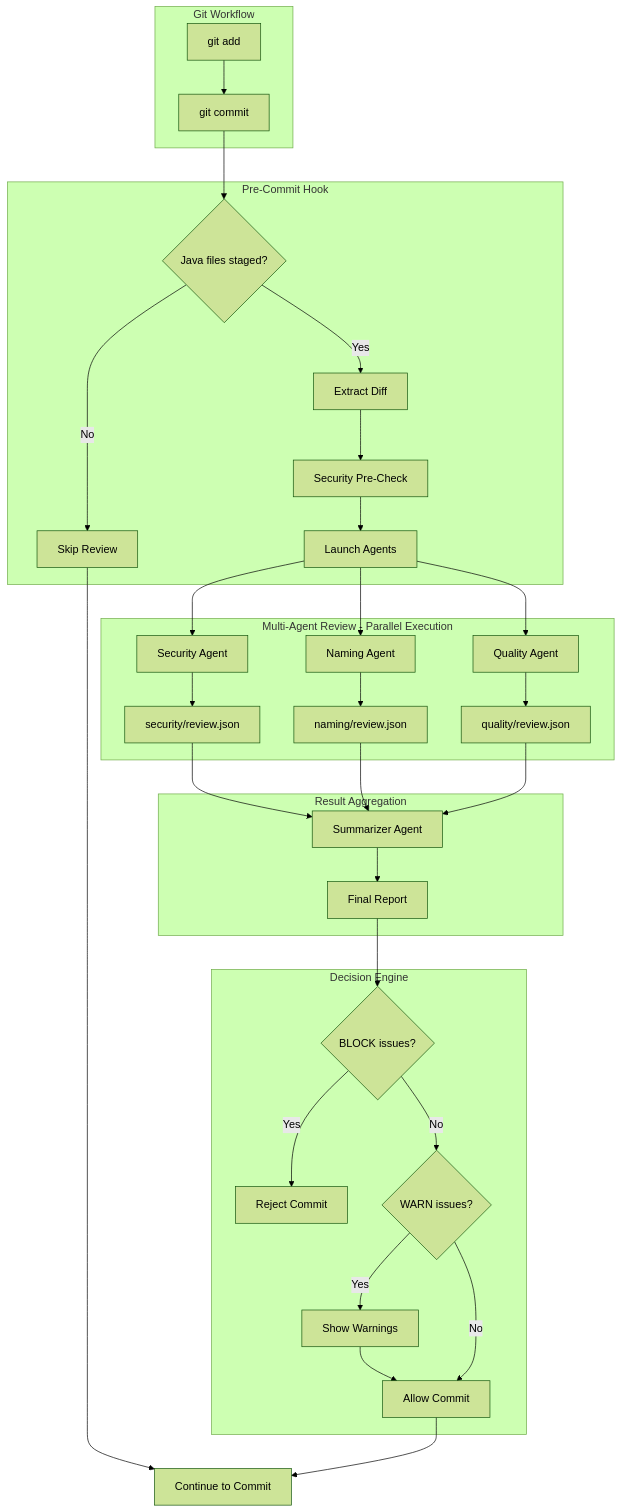
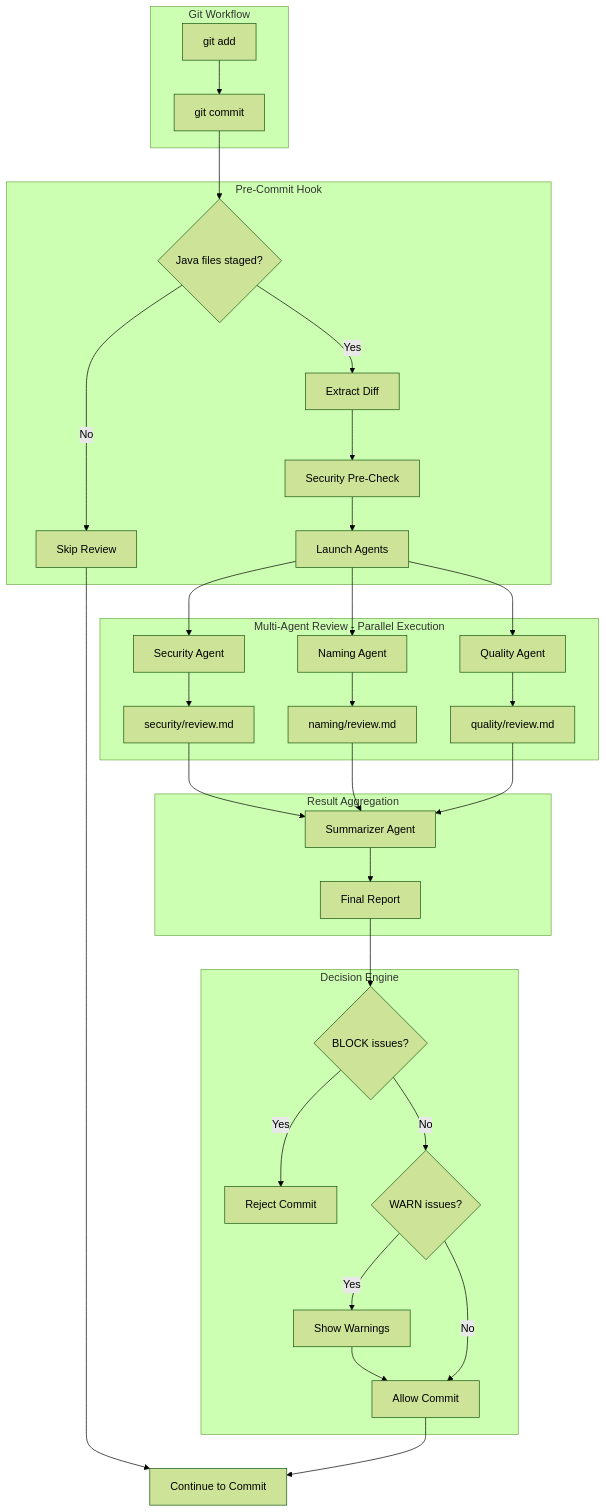
One commit to martinkl164/AI-Code-Review-CLI changed the first of 2 diagrams in docs/ARCHITECTURE.md. Above: the diagram before and after it, drawn with Mermaid (forest theme). The commit also changed other lines of this file and 9 other files, not shown here.

First line of the commit message:
Update review output format from JSON to Markdown

````diff
--- a/docs/ARCHITECTURE.md
+++ b/docs/ARCHITECTURE.md
@@ -7,42 +7,42 @@
 ```mermaid
 flowchart TB
     subgraph GitWorkflow[Git Workflow]
         A[git add] --> B[git commit]
     end
     
     subgraph PreCommitHook[Pre-Commit Hook]
         B --> C{Java files staged?}
         C -->|No| D[Skip Review]
         C -->|Yes| E[Extract Diff]
         E --> F[Security Pre-Check]
         F --> G[Launch Agents]
     end
     
     subgraph MultiAgent[Multi-Agent Review - Parallel Execution]
         G --> H1[Security Agent]
         G --> H2[Naming Agent]
         G --> H3[Quality Agent]
-        H1 --> I1[security/review.json]
-        H2 --> I2[naming/review.json]
-        H3 --> I3[quality/review.json]
+        H1 --> I1[security/review.md]
+        H2 --> I2[naming/review.md]
+        H3 --> I3[quality/review.md]
     end
     
     subgraph Aggregation[Result Aggregation]
         I1 --> J[Summarizer Agent]
         I2 --> J
         I3 --> J
         J --> K[Final Report]
     end
     
     subgraph Decision[Decision Engine]
         K --> L{BLOCK issues?}
         L -->|Yes| M[Reject Commit]
         L -->|No| N{WARN issues?}
         N -->|Yes| O[Show Warnings]
         O --> P[Allow Commit]
         N -->|No| P
     end
     
     D --> Q[Continue to Commit]
     P --> Q
 ```
````
